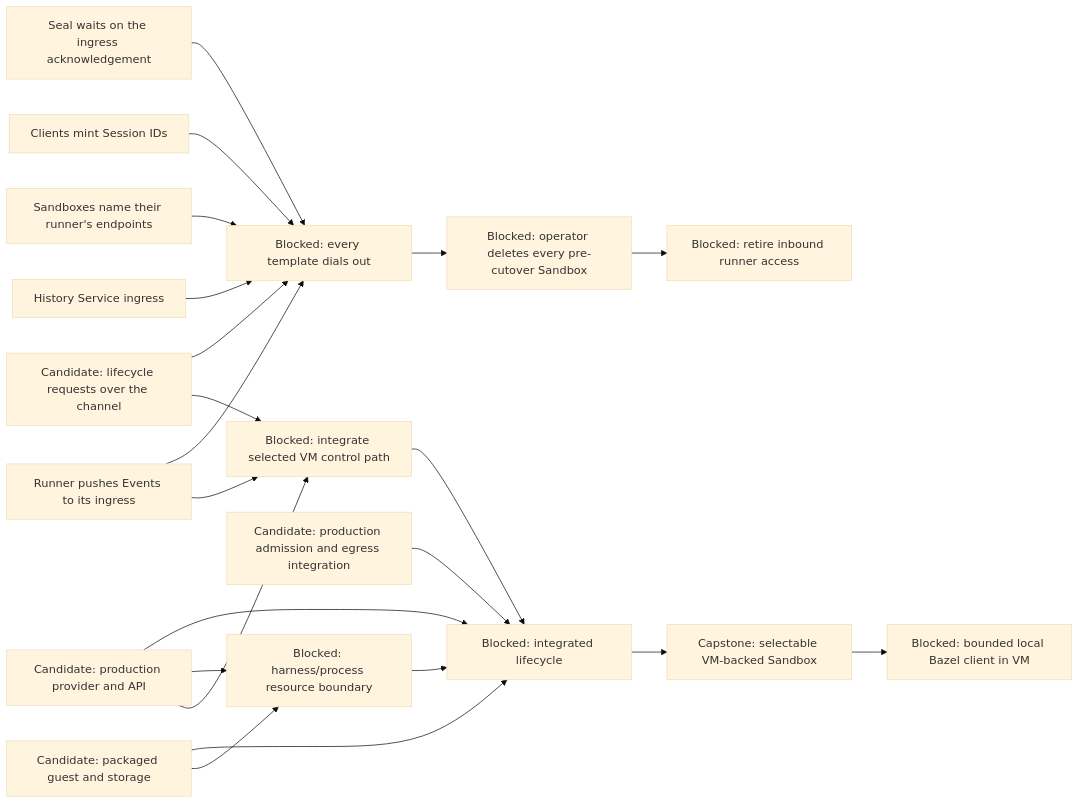
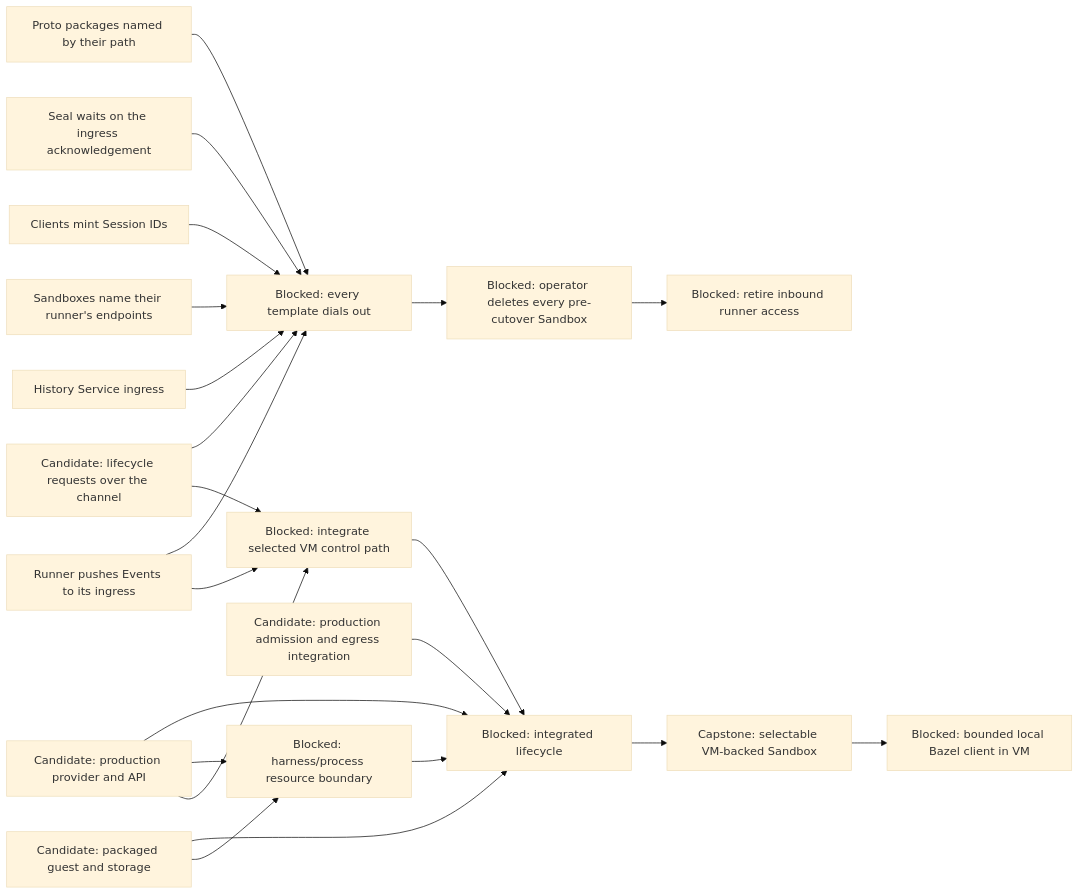
One commit to agentydragon/ducktape changed the sixth of 12 diagrams in agentplane/plans/task_dag.md. Above: the diagram before and after it, drawn with Mermaid (base theme). The commit also changed other lines of this file and 2 other files, not shown here.

First line of the commit message:
agentplane: name the runner ingress proto package by its path, plan path-named packages before rollout

````diff
--- a/agentplane/plans/task_dag.md
+++ b/agentplane/plans/task_dag.md
@@ -325,31 +325,32 @@
 ```mermaid
 flowchart LR
     RUNNER_OUTBOUND_LIFECYCLE[Candidate: lifecycle requests over the channel]
     RUNNER_OUTBOUND_ROLLOUT[Blocked: every template dials out]
     VM_CONTROL_NETWORKING[Blocked: integrate selected VM control path]
     VM_IMAGE[Candidate: packaged guest and storage]
     VM_PROVIDER[Candidate: production provider and API]
     VM_EGRESS[Candidate: production admission and egress integration]
     VM_PROCESS_ISOLATION[Blocked: harness/process resource boundary]
     VM_LIFECYCLE[Blocked: integrated lifecycle]
     RUNNER_OUTBOUND_LIFECYCLE --> VM_CONTROL_NETWORKING
     RUNNER_INGRESS_PUSH[Runner pushes Events to its ingress] --> VM_CONTROL_NETWORKING
     RUNNER_INGRESS_PUSH --> RUNNER_OUTBOUND_ROLLOUT
     HISTORY_INGRESS[History Service ingress] --> RUNNER_OUTBOUND_ROLLOUT
     SANDBOX_RUNNER_ENDPOINTS[Sandboxes name their runner's endpoints] --> RUNNER_OUTBOUND_ROLLOUT
     CLIENT_SESSION_IDS[Clients mint Session IDs] --> RUNNER_OUTBOUND_ROLLOUT
     SEAL_ON_INGRESS_ACK[Seal waits on the ingress acknowledgement] --> RUNNER_OUTBOUND_ROLLOUT
     RUNNER_OUTBOUND_LIFECYCLE --> RUNNER_OUTBOUND_ROLLOUT
+    PROTO_PACKAGE_NAMES[Proto packages named by their path] --> RUNNER_OUTBOUND_ROLLOUT
     RUNNER_OUTBOUND_ROLLOUT --> LEGACY_SANDBOX_RETIRE[Blocked: operator deletes every pre-cutover Sandbox]
     LEGACY_SANDBOX_RETIRE --> RUNNER_INBOUND_RETIRE[Blocked: retire inbound runner access]
     VM_PROVIDER --> VM_CONTROL_NETWORKING
     VM_CONTROL_NETWORKING --> VM_LIFECYCLE
     VM_IMAGE --> VM_PROCESS_ISOLATION
     VM_PROVIDER --> VM_PROCESS_ISOLATION
     VM_IMAGE --> VM_LIFECYCLE
     VM_PROVIDER --> VM_LIFECYCLE
     VM_EGRESS --> VM_LIFECYCLE
     VM_PROCESS_ISOLATION --> VM_LIFECYCLE
     VM_LIFECYCLE --> SANDBOX_VM_ISOLATION[Capstone: selectable VM-backed Sandbox]
     SANDBOX_VM_ISOLATION --> LOCAL_BAZEL[Blocked: bounded local Bazel client in VM]
 ```
````
